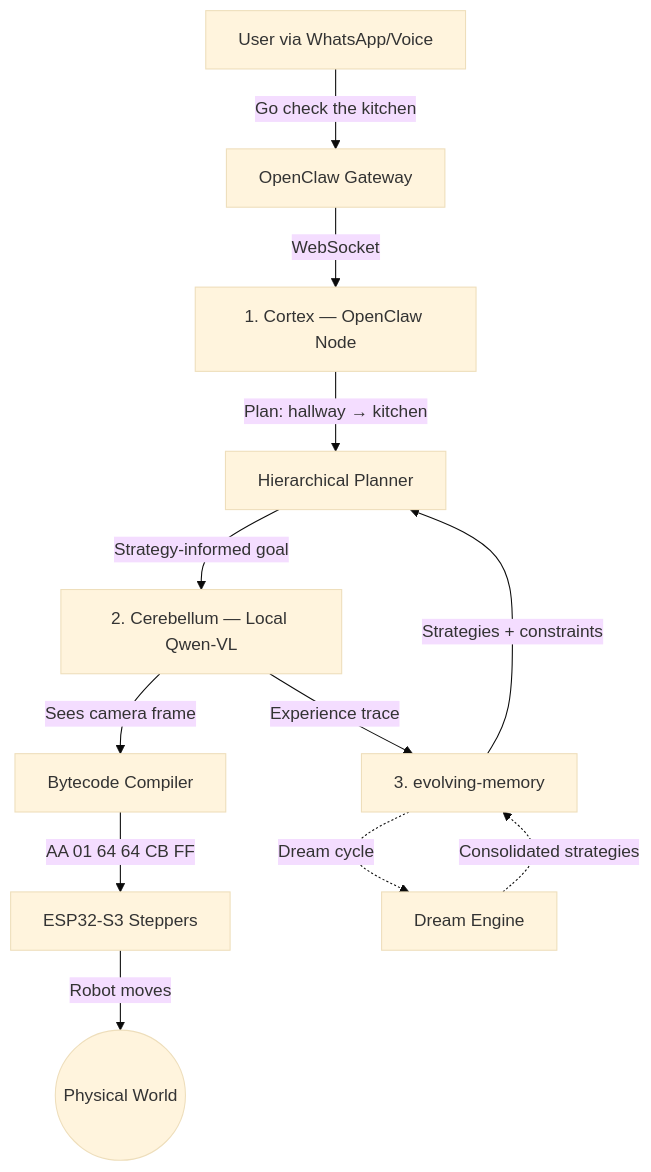
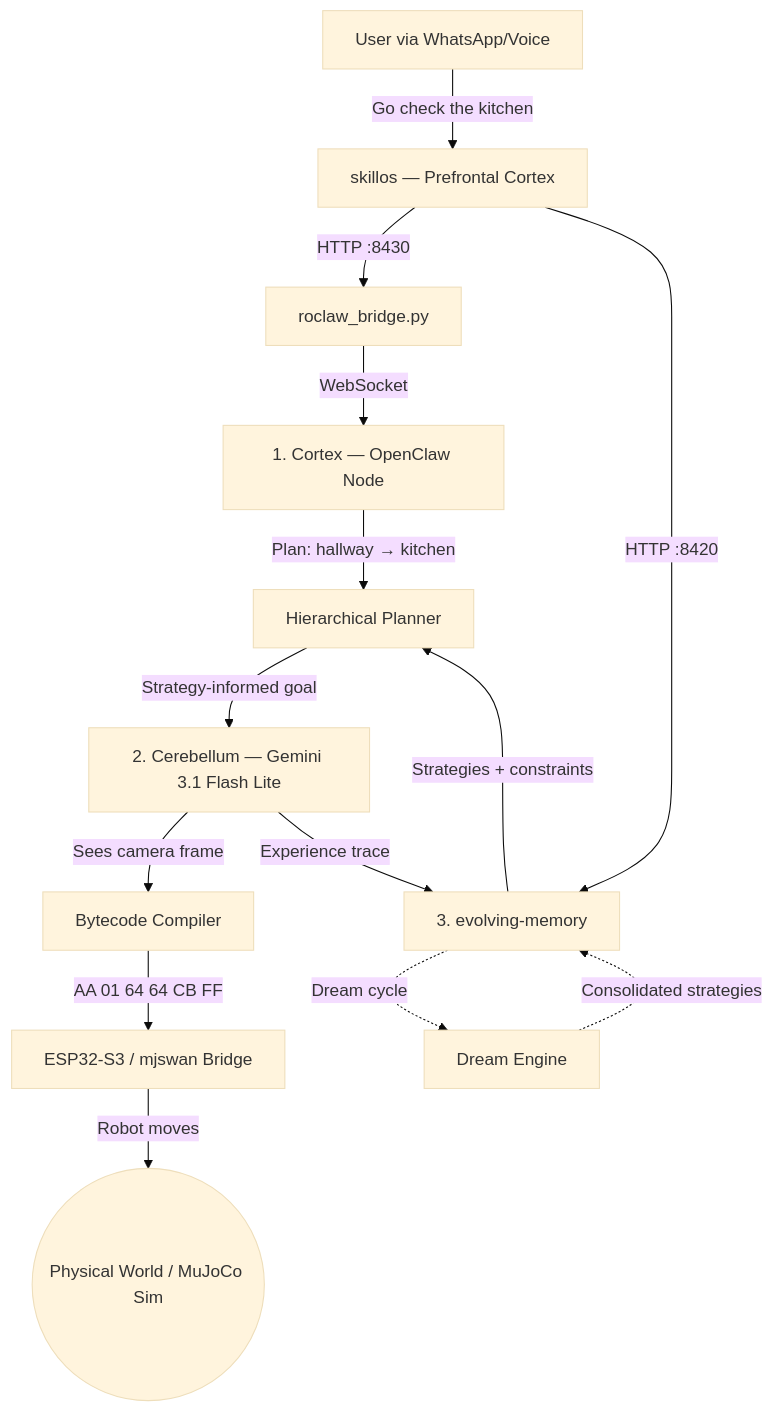
The first of 2 diagrams in README.md (EvolvingAgentsLabs/RoClaw), drawn with Mermaid (base theme) before and after one commit. The commit also changed other lines of this file and 1 other file, not shown here.

First line of the commit message:
Update README and .env: Gemini 3.1 Flash Lite as default, add skillos integration

````diff
--- a/README.md
+++ b/README.md
@@ -41,14 +41,16 @@
 ```mermaid
 graph TD
-    USER[User via WhatsApp/Voice] -->|"Go check the kitchen"| OC[OpenClaw Gateway]
-    OC -->|WebSocket| CORTEX[1. Cortex — OpenClaw Node]
+    USER[User via WhatsApp/Voice] -->|"Go check the kitchen"| SKILLOS[skillos — Prefrontal Cortex]
+    SKILLOS -->|"HTTP :8430"| BRIDGE[roclaw_bridge.py]
+    BRIDGE -->|WebSocket| CORTEX[1. Cortex — OpenClaw Node]
     CORTEX -->|"Plan: hallway → kitchen"| PLANNER[Hierarchical Planner]
-    PLANNER -->|"Strategy-informed goal"| CEREBELLUM[2. Cerebellum — Local Qwen-VL]
+    PLANNER -->|"Strategy-informed goal"| CEREBELLUM[2. Cerebellum — Gemini 3.1 Flash Lite]
     CEREBELLUM -->|"Sees camera frame"| COMPILE[Bytecode Compiler]
-    COMPILE -->|"AA 01 64 64 CB FF"| ESP[ESP32-S3 Steppers]
-    ESP -->|"Robot moves"| WORLD((Physical World))
+    COMPILE -->|"AA 01 64 64 CB FF"| ESP[ESP32-S3 / mjswan Bridge]
+    ESP -->|"Robot moves"| WORLD((Physical World / MuJoCo Sim))
     CEREBELLUM -->|"Experience trace"| MEMORY[3. evolving-memory]
     MEMORY -->|"Strategies + constraints"| PLANNER
     MEMORY -.->|"Dream cycle"| DREAM[Dream Engine]
     DREAM -.->|"Consolidated strategies"| MEMORY
+    SKILLOS -->|"HTTP :8420"| MEMORY
 ```
````
